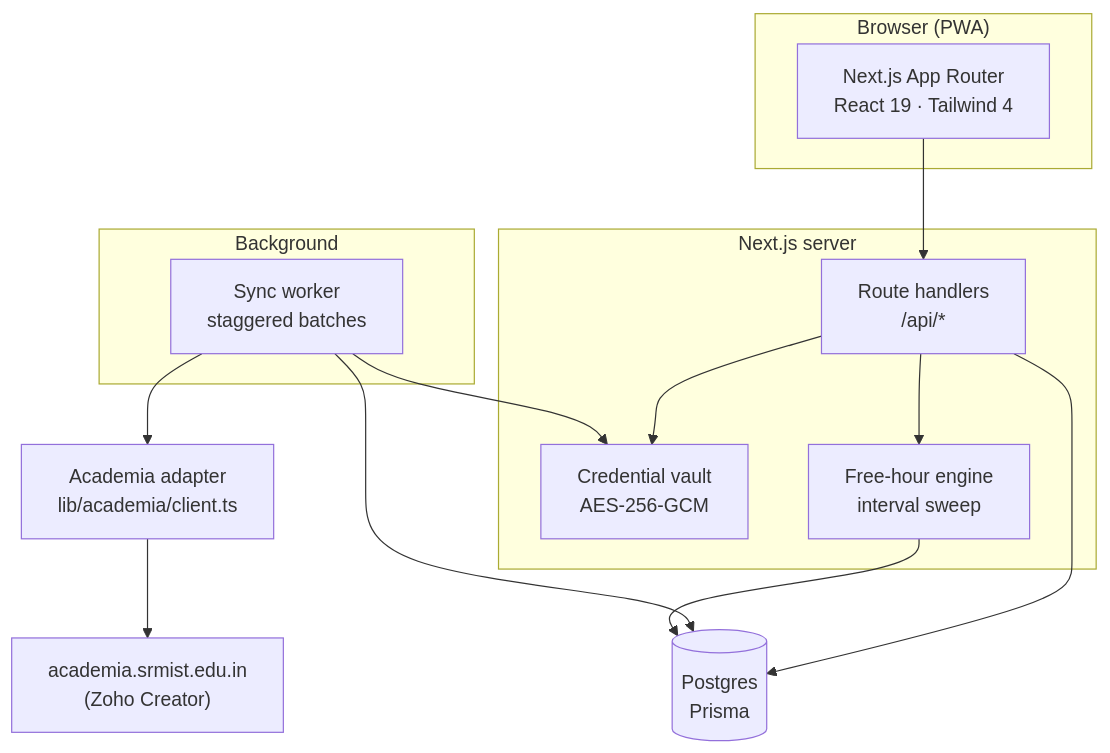
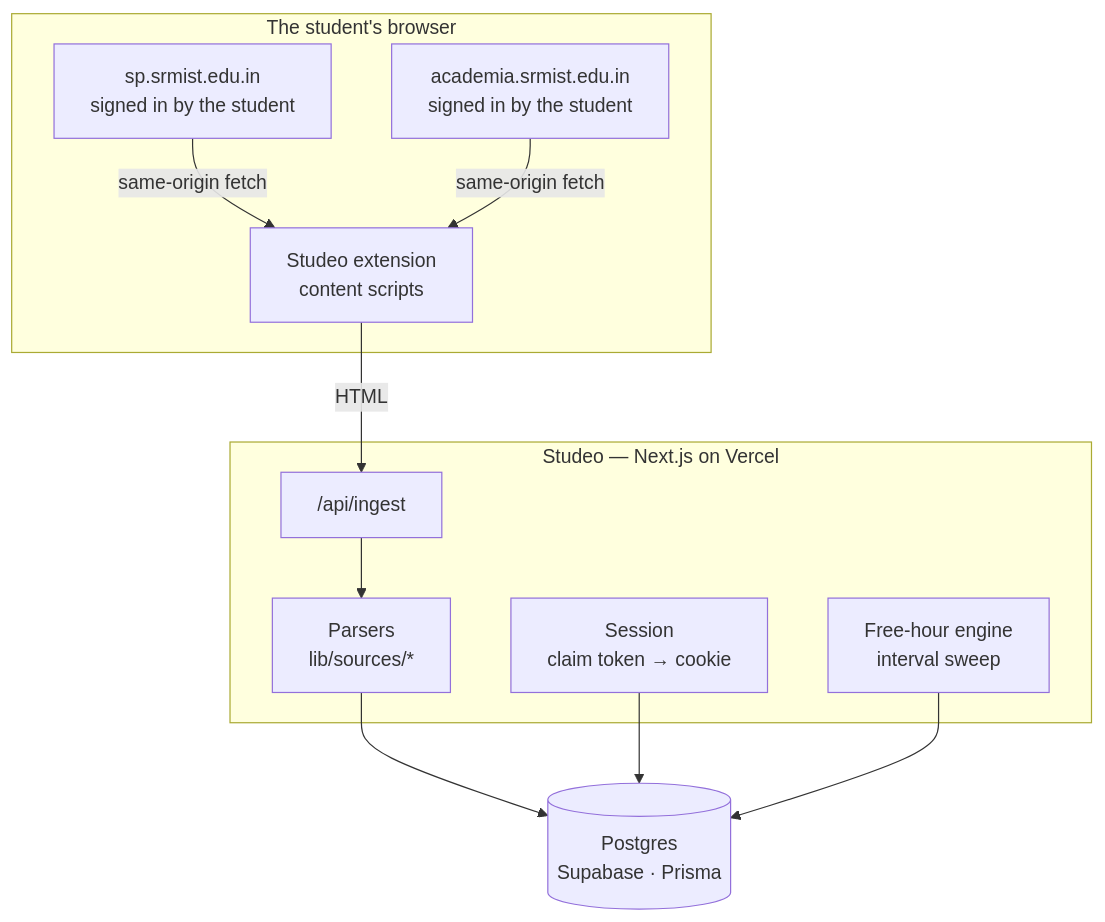
One commit to aaronanish-t/studeo changed the diagram in README.md. Above: the diagram before and after it, drawn with Mermaid. The commit also changed other lines of this file and 7 other files, not shown here.

````diff
--- a/README.md
+++ b/README.md
@@ -35,30 +35,24 @@
 ```mermaid
 flowchart TB
-    subgraph client ["Browser (PWA)"]
-        UI["Next.js App Router<br/>React 19 · Tailwind 4"]
+    subgraph browser ["The student's browser"]
+        SP["sp.srmist.edu.in<br/>signed in by the student"]
+        AC["academia.srmist.edu.in<br/>signed in by the student"]
+        EXT["Studeo extension<br/>content scripts"]
     end
 
-    subgraph app ["Next.js server"]
-        API["Route handlers<br/>/api/*"]
-        VAULT["Credential vault<br/>AES-256-GCM"]
+    subgraph app ["Studeo — Next.js on Vercel"]
+        API["/api/ingest"]
+        PARSE["Parsers<br/>lib/sources/*"]
         GAPS["Free-hour engine<br/>interval sweep"]
+        SESSION["Session<br/>claim token → cookie"]
     end
 
-    subgraph work ["Background"]
-        CRON["Sync worker<br/>staggered batches"]
-    end
+    DB[("Postgres<br/>Supabase · Prisma")]
 
-    ADAPTER["Academia adapter<br/>lib/academia/client.ts"]
-    DB[("Postgres<br/>Prisma")]
-    SRM["academia.srmist.edu.in<br/>(Zoho Creator)"]
-
-    UI --> API
-    API --> VAULT
-    API --> GAPS
-    API --> DB
-    CRON --> VAULT
-    CRON --> ADAPTER
-    ADAPTER --> SRM
-    CRON --> DB
+    SP -->|same-origin fetch| EXT
+    AC -->|same-origin fetch| EXT
+    EXT -->|HTML| API
+    API --> PARSE --> DB
+    SESSION --> DB
     GAPS --> DB
 ```
````
